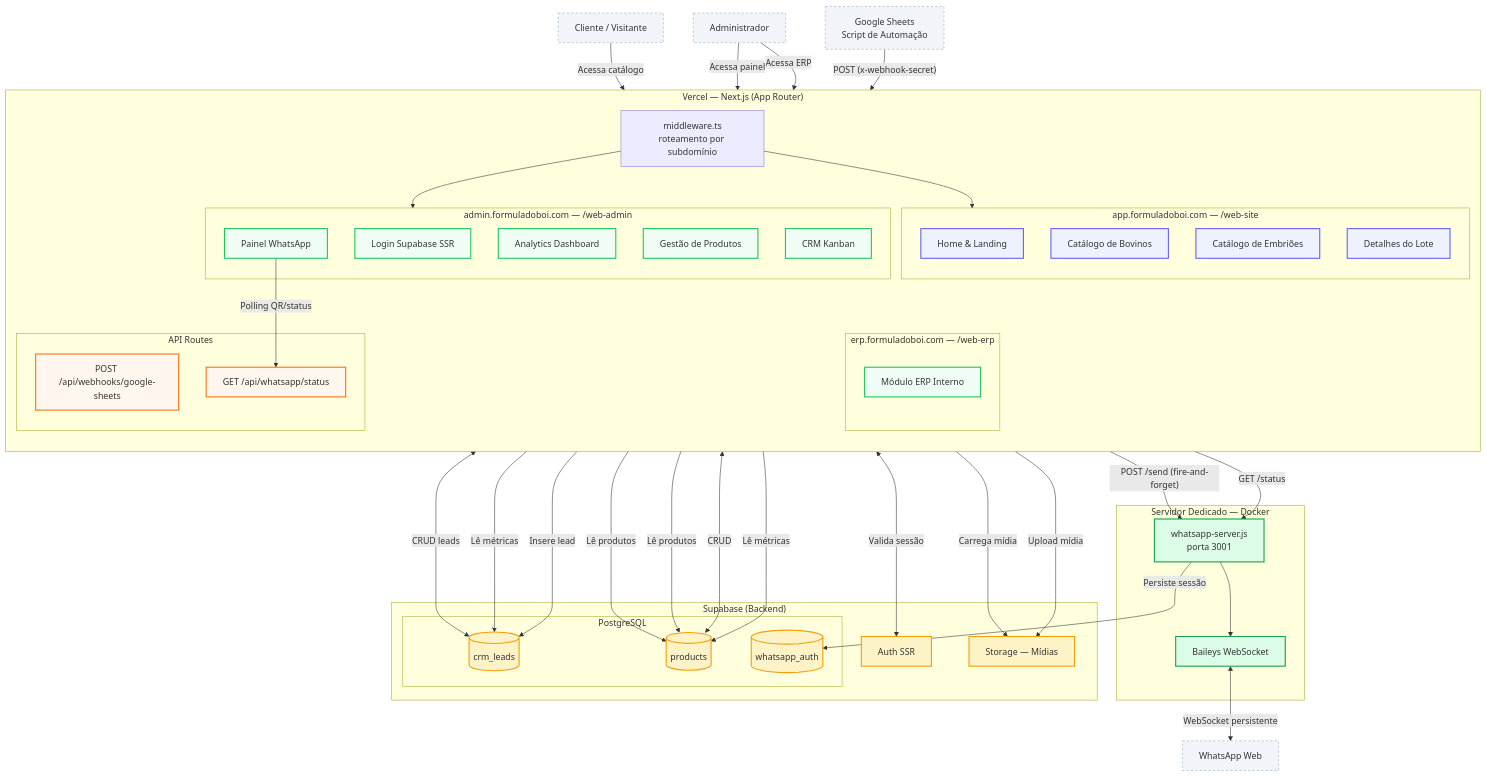
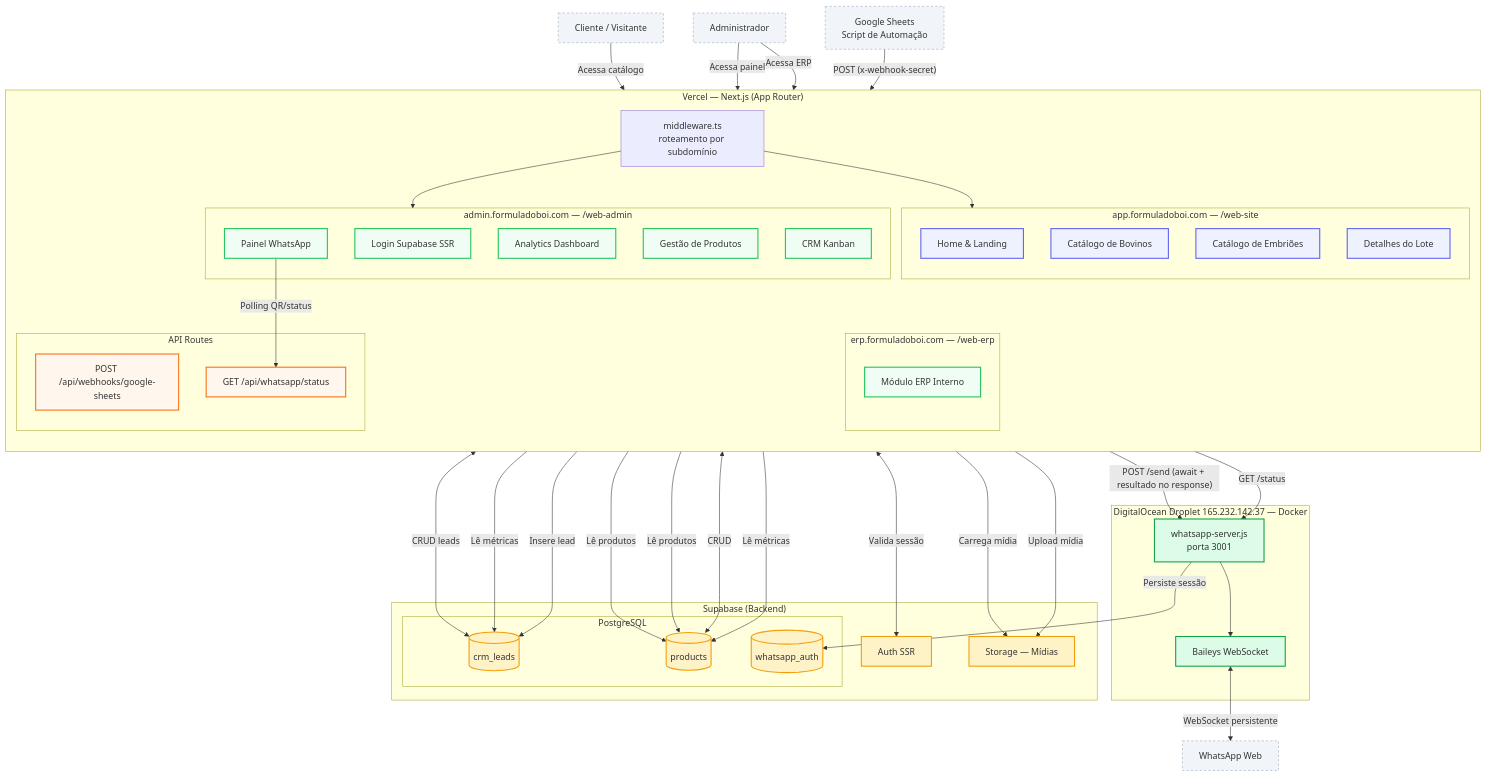
The diagram in architecture.md (Masterjhony/formula_do_boi), drawn with Mermaid before and after one commit. The commit also changed other lines of this file and 4 other files, not shown here.

```diff
--- a/architecture.md
+++ b/architecture.md
@@ -55,7 +55,7 @@
     end
 
     %% WhatsApp Server — Docker
-    subgraph Docker ["Servidor Dedicado — Docker"]
+    subgraph Docker ["DigitalOcean Droplet 165.232.142.37 — Docker"]
         WAServer[whatsapp-server.js\nporta 3001]
         Baileys[Baileys WebSocket]
         WAServer --> Baileys
@@ -96,7 +96,7 @@
     %% Fluxo Automação: Google Sheets → CRM → WhatsApp
     GoogleSheets -->|"POST (x-webhook-secret)"| WebhookSheets
     WebhookSheets -->|Insere lead| DB_Leads
-    WebhookSheets -->|"POST /send (fire-and-forget)"| WAServer
+    WebhookSheets -->|"POST /send (await + resultado no response)"| WAServer
 
     %% WhatsApp Server
     WhatsAppStatus -->|"GET /status"| WAServer
```
